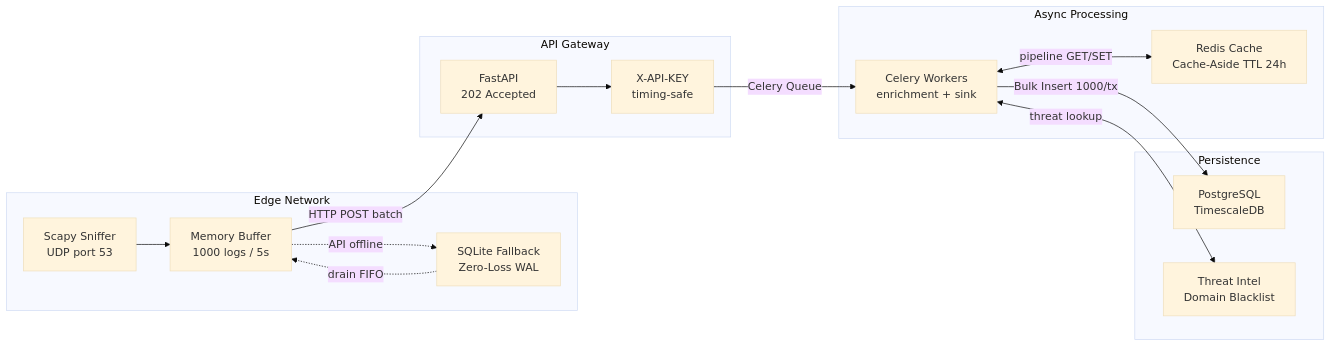
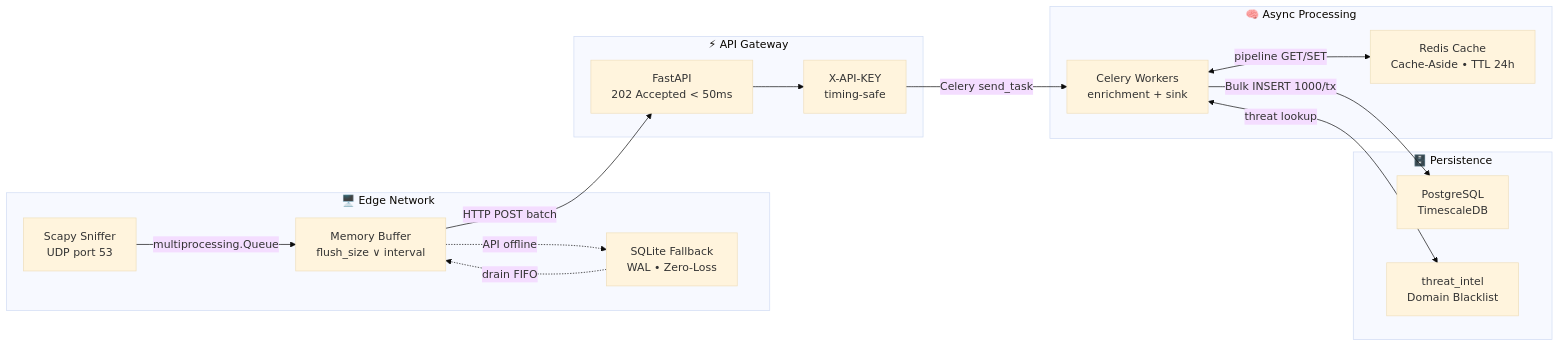
One commit to soneylegal/novaguard changed the diagram in README.md. Above: the diagram before and after it, drawn with Mermaid (base theme). The commit also changed other lines of this file and 8 other files, not shown here.

````diff
--- a/README.md
+++ b/README.md
@@ -14,33 +21,33 @@
 ```mermaid
-graph LR
-    subgraph Edge["Edge Network"]
-        A["Scapy Sniffer\nUDP port 53"]
-        B["Memory Buffer\n1000 logs / 5s"]
-        C["SQLite Fallback\nZero-Loss WAL"]
+flowchart LR
+    subgraph EDGE["🖥️ Edge Network"]
+        SC["Scapy Sniffer<br/>UDP port 53"]
+        BUF["Memory Buffer<br/>flush_size ∨ interval"]
+        SQL["SQLite Fallback<br/>WAL • Zero-Loss"]
     end
 
-    subgraph Gateway["API Gateway"]
-        D["FastAPI\n202 Accepted"]
-        E["X-API-KEY\ntiming-safe"]
+    subgraph GW["⚡ API Gateway"]
+        API["FastAPI<br/>202 Accepted < 50ms"]
+        AUTH["X-API-KEY<br/>timing-safe"]
     end
 
-    subgraph Processing["Async Processing"]
-        F["Redis Cache\nCache-Aside TTL 24h"]
-        G["Celery Workers\nenrichment + sink"]
+    subgraph PROC["🧠 Async Processing"]
+        RD["Redis Cache<br/>Cache-Aside • TTL 24h"]
+        CW["Celery Workers<br/>enrichment + sink"]
     end
 
-    subgraph Storage["Persistence"]
-        H["PostgreSQL\nTimescaleDB"]
-        I["Threat Intel\nDomain Blacklist"]
+    subgraph STORE["🗄️ Persistence"]
+        PG["PostgreSQL<br/>TimescaleDB"]
+        TI["threat_intel<br/>Domain Blacklist"]
     end
 
-    A --> B
-    B -->|"HTTP POST batch"| D
-    B -.->|"API offline"| C
-    C -.->|"drain FIFO"| B
-    D --> E
-    E -->|"Celery Queue"| G
-    G <-->|"pipeline GET/SET"| F
-    G -->|"Bulk Insert 1000/tx"| H
-    G <-->|"threat lookup"| I
+    SC -->|"multiprocessing.Queue"| BUF
+    BUF -->|"HTTP POST batch"| API
+    BUF -.->|"API offline"| SQL
+    SQL -.->|"drain FIFO"| BUF
+    API --> AUTH
+    AUTH -->|"Celery send_task"| CW
+    CW <-->|"pipeline GET/SET"| RD
+    CW -->|"Bulk INSERT 1000/tx"| PG
+    CW <-->|"threat lookup"| TI
 ```
````
